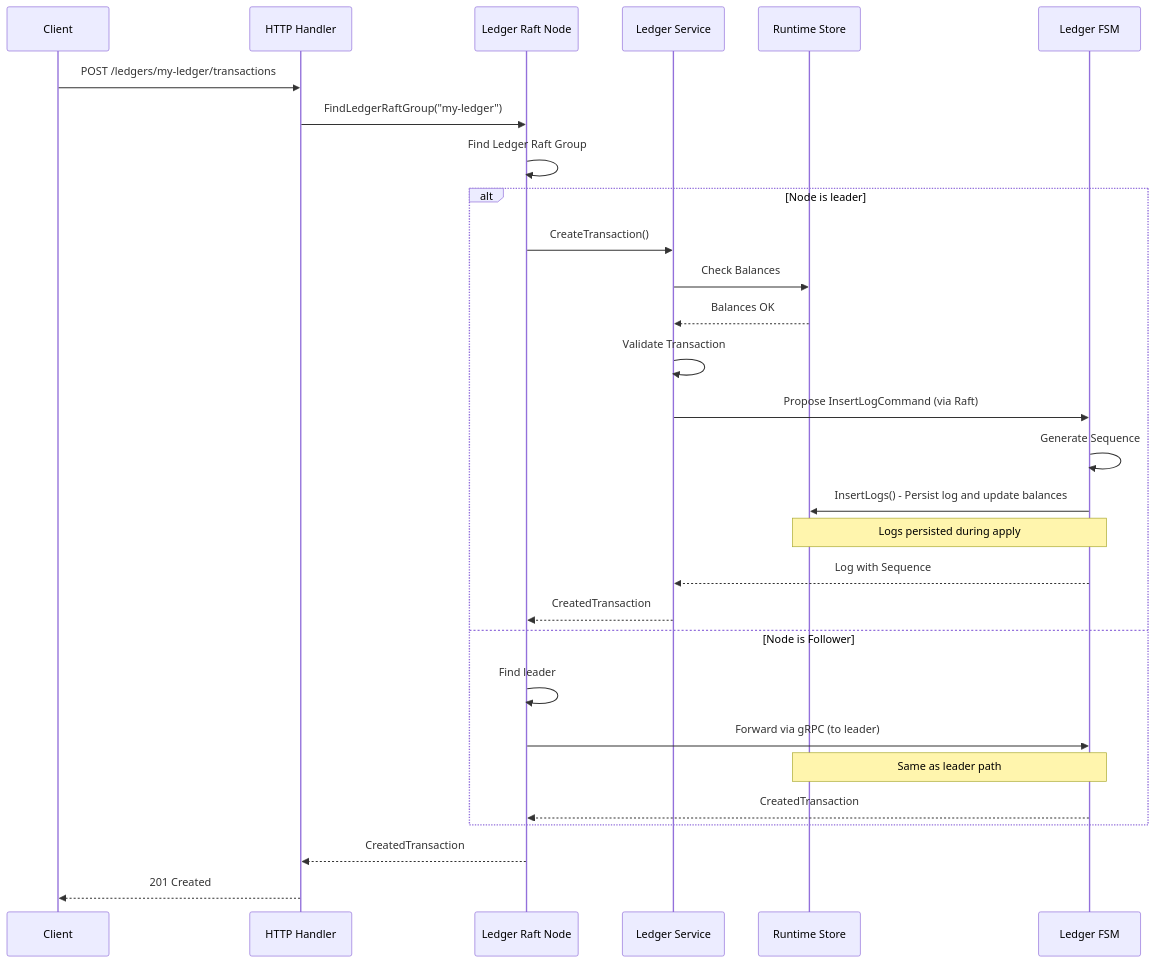
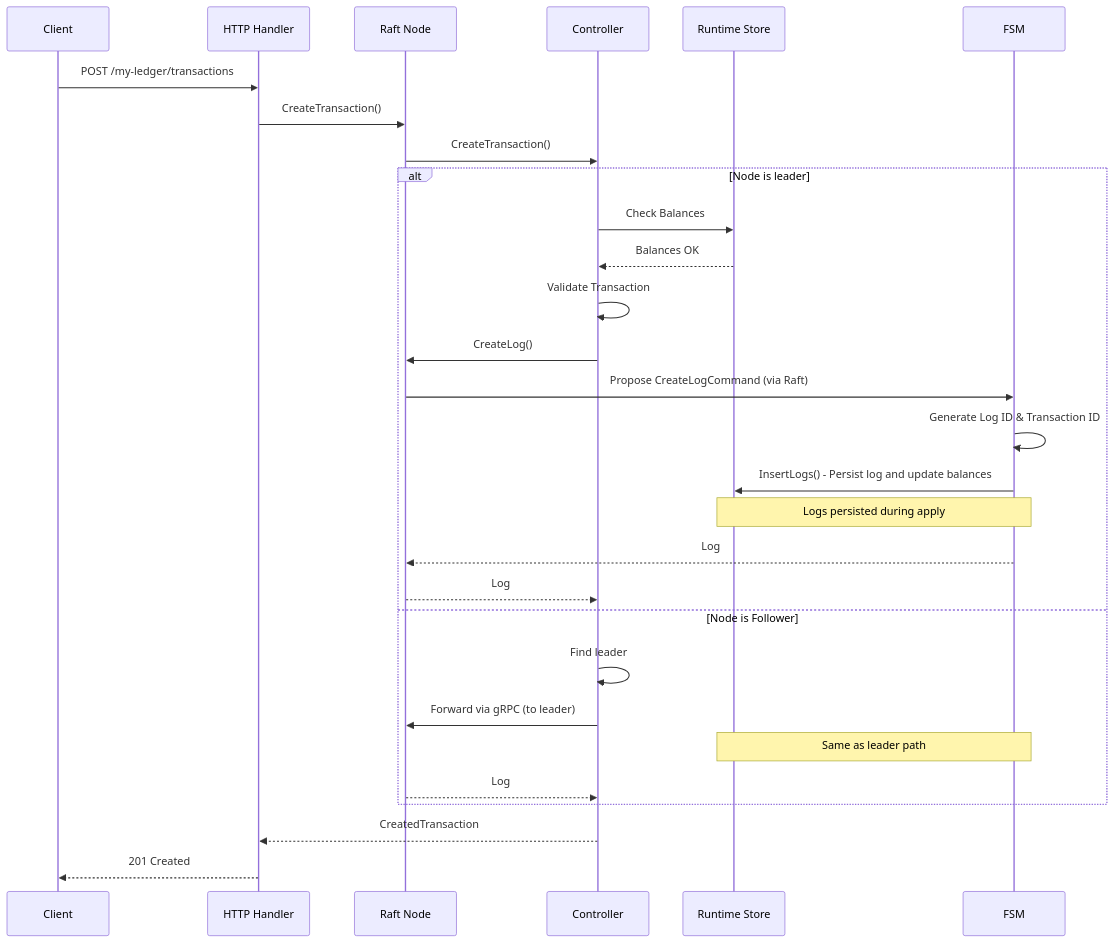
One commit to formancehq/ledger changed the second of 7 diagrams in docs/data-flows.md. Above: the diagram before and after it, drawn with Mermaid. The commit also changed other lines of this file and 41 other files, not shown here.

````diff
--- a/docs/data-flows.md
+++ b/docs/data-flows.md
@@ -86,34 +72,34 @@
 ```mermaid
 sequenceDiagram
     participant Client
     participant HTTP as HTTP Handler
-    participant LedgerNode as Ledger Raft Node
-    participant LedgerService as Ledger Service
+    participant RaftNode as Raft Node
+    participant Controller as Controller
     participant RuntimeStore as Runtime Store
-    participant LedgerFSM as Ledger FSM
+    participant FSM as FSM
     
-    Client->>HTTP: POST /ledgers/my-ledger/transactions
-    HTTP->>LedgerNode: FindLedgerRaftGroup("my-ledger")
-    LedgerNode->>LedgerNode: Find Ledger Raft Group
+    Client->>HTTP: POST /my-ledger/transactions
+    HTTP->>RaftNode: CreateTransaction()
+    RaftNode->>Controller: CreateTransaction()
     
     alt Node is leader
-        LedgerNode->>LedgerService: CreateTransaction()
-        LedgerService->>RuntimeStore: Check Balances
-        RuntimeStore-->>LedgerService: Balances OK
-        LedgerService->>LedgerService: Validate Transaction
-        LedgerService->>LedgerFSM: Propose InsertLogCommand (via Raft)
-        LedgerFSM->>LedgerFSM: Generate Sequence
-        LedgerFSM->>RuntimeStore: InsertLogs() - Persist log and update balances
-        Note over LedgerFSM,RuntimeStore: Logs persisted during apply
-        LedgerFSM-->>LedgerService: Log with Sequence
-        LedgerService-->>LedgerNode: CreatedTransaction
+        Controller->>RuntimeStore: Check Balances
+        RuntimeStore-->>Controller: Balances OK
+        Controller->>Controller: Validate Transaction
+        Controller->>RaftNode: CreateLog()
+        RaftNode->>FSM: Propose CreateLogCommand (via Raft)
+        FSM->>FSM: Generate Log ID & Transaction ID
+        FSM->>RuntimeStore: InsertLogs() - Persist log and update balances
+        Note over FSM,RuntimeStore: Logs persisted during apply
+        FSM-->>RaftNode: Log
+        RaftNode-->>Controller: Log
     else Node is Follower
-        LedgerNode->>LedgerNode: Find leader
-        LedgerNode->>LedgerFSM: Forward via gRPC (to leader)
-        Note over LedgerFSM,RuntimeStore: Same as leader path
-        LedgerFSM-->>LedgerNode: CreatedTransaction
+        Controller->>Controller: Find leader
+        Controller->>RaftNode: Forward via gRPC (to leader)
+        Note over FSM,RuntimeStore: Same as leader path
+        RaftNode-->>Controller: Log
     end
     
-    LedgerNode-->>HTTP: CreatedTransaction
+    Controller-->>HTTP: CreatedTransaction
     HTTP-->>Client: 201 Created
 ```
````
